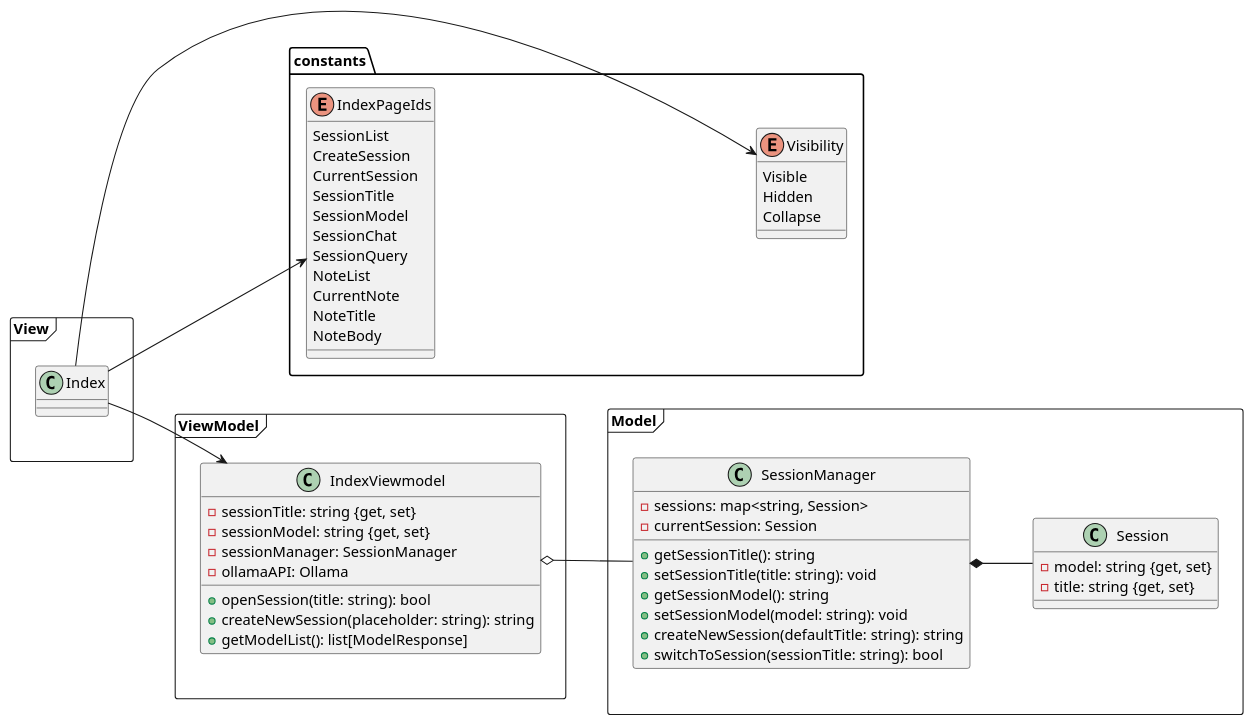
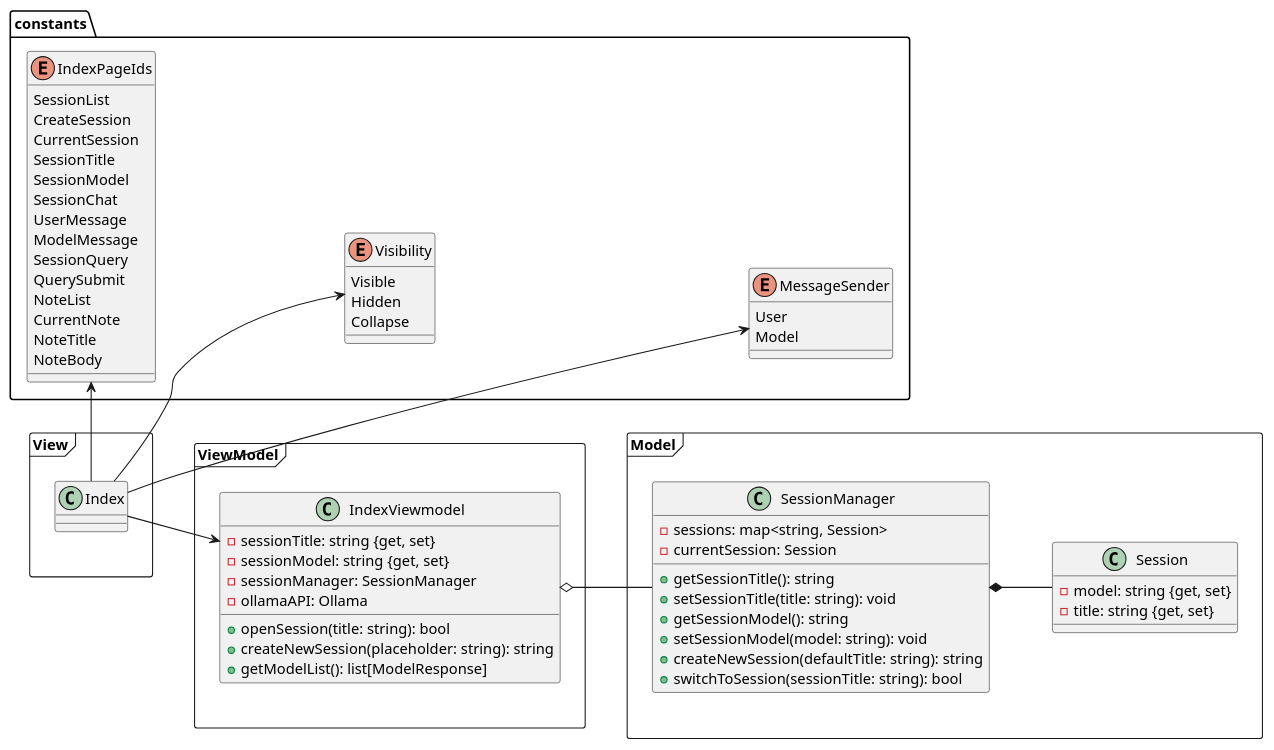
One commit to Kirya-D/LocalQuery changed the diagram in docs/diagrams/src/class-diagram.plantuml. Above: the diagram before and after it, drawn with PlantUML. The commit also changed 5 other files, not shown here.

Commit message:
Updated view - Added button to submit query - Query text area clears on submit - A new element appears in the chat area with the queried message from the user

```diff
--- a/docs/diagrams/src/class-diagram.plantuml
+++ b/docs/diagrams/src/class-diagram.plantuml
@@ -1,78 +1,89 @@
 @startuml "ClassDiagram"
 left to right direction
 
 folder constants {
     enum IndexPageIds {
         SessionList
         CreateSession
         CurrentSession
         SessionTitle
         SessionModel
         SessionChat
+        UserMessage
+        ModelMessage
         SessionQuery
+        QuerySubmit
         NoteList
         CurrentNote
         NoteTitle
         NoteBody
     }
+
     enum Visibility {
         Visible
         Hidden
         Collapse
     }
 
+    enum MessageSender {
+        User
+        Model
+    }
+
     IndexPageIds -[Hidden]- Visibility
+    Visibility -[Hidden]- MessageSender
 }
 
 frame View {
     class Index {}
 }
 
 frame ViewModel {
     class IndexViewmodel {
         -{field} sessionTitle: string {get, set}
         -{field} sessionModel: string {get, set}
         -{field} sessionManager: SessionManager
         -{field} ollamaAPI: Ollama
         +{method} openSession(title: string): bool
         +{method} createNewSession(placeholder: string): string
         +{method} getModelList(): list[ModelResponse]
     }
 }
 
 frame Model {
     class SessionManager {
         -{field} sessions: map<string, Session>
         -{field} currentSession: Session
         +{method} getSessionTitle(): string
         +{method} setSessionTitle(title: string): void
         +{method} getSessionModel(): string
         +{method} setSessionModel(model: string): void
         +{method} createNewSession(defaultTitle: string): string
         +{method} switchToSession(sessionTitle: string): bool
     }
 
     class Session {
         -{field} model: string {get, set}
         -{field} title: string {get, set}
     }
 }
 
 ' View - Viewmodel Relations
 Index --> IndexViewmodel
 
 ' Viewmodel - Model Relations
 IndexViewmodel o-- SessionManager
 
 ' Model - Model Relations
 SessionManager *-- Session
 
 ' Other Relations
-Index --> IndexPageIds
-Index -> Visibility
+Index -> IndexPageIds
+Index --> MessageSender
+Index --> Visibility
 
 ' Orient diagram
 View -[Hidden]right- ViewModel
 ViewModel -[Hidden]right- Model
 
 @enduml
```
